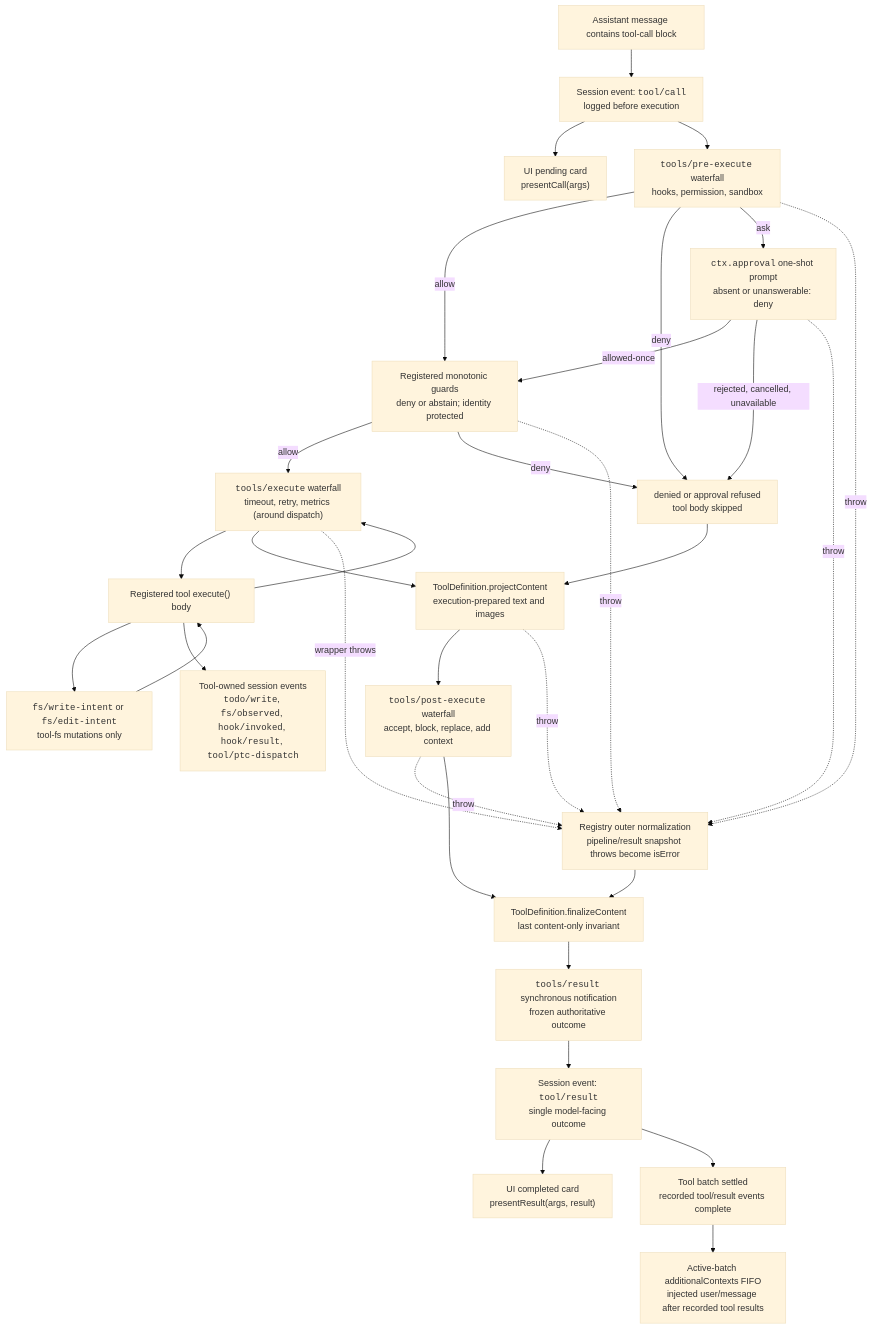
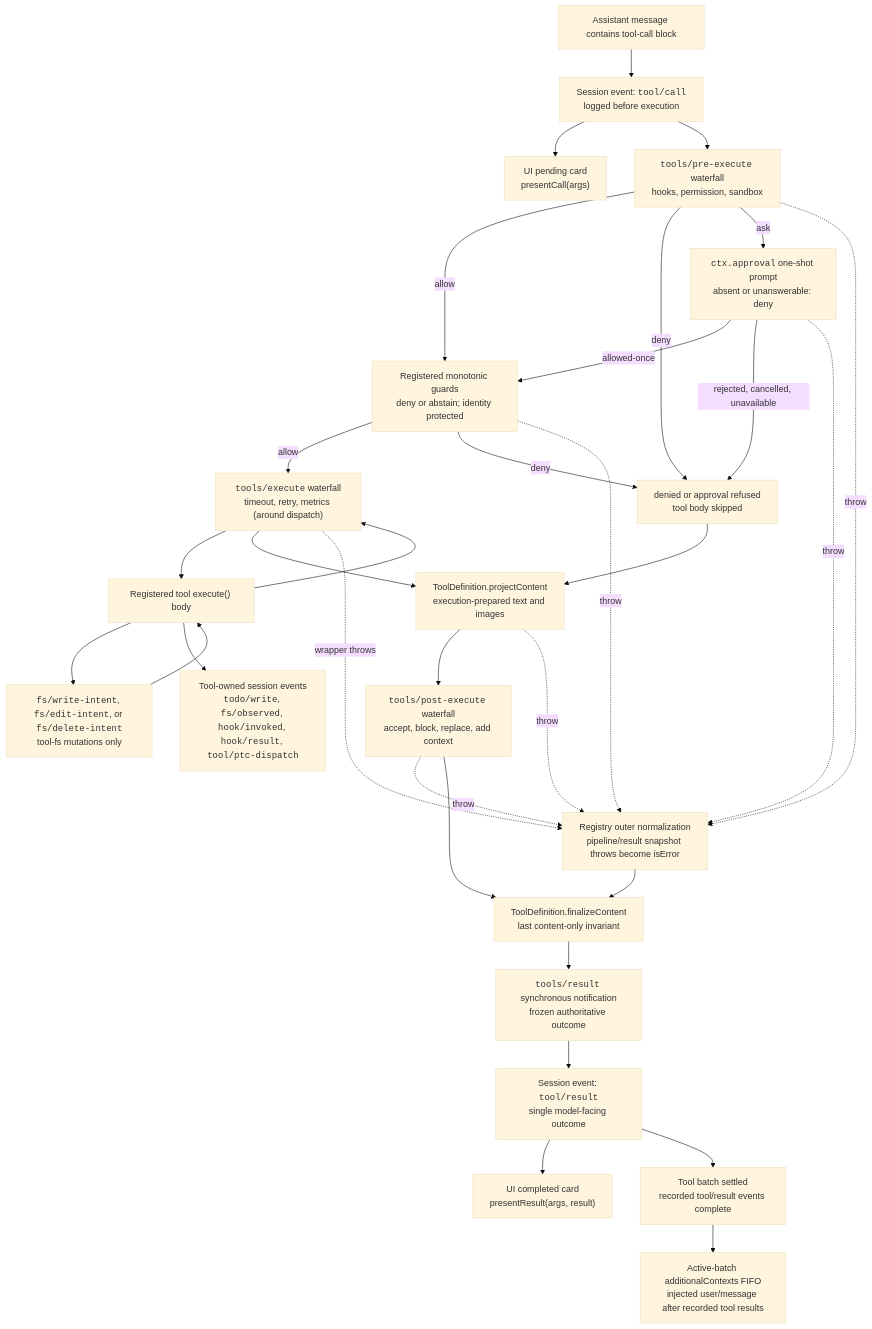
Before and after one commit to tobenwarrior/y-harness: the diagram in docs/tool-execution-pipeline.md, drawn with Mermaid (base theme). The commit also changed 125 other files, not shown here.

````diff
--- a/docs/tool-execution-pipeline.md
+++ b/docs/tool-execution-pipeline.md
@@ -8,54 +8,54 @@
 ```mermaid
 flowchart TD
   model["Assistant message contains tool-call block"]
   toolCall["Session event: <code>tool/call</code><br/>logged before execution"]
   presentCall["UI pending card<br/>presentCall(args)"]
   pre["<code>tools/pre-execute</code> waterfall<br/>hooks, permission, sandbox"]
   guards["Registered monotonic guards<br/>deny or abstain; identity protected"]
   denied["denied or approval refused<br/>tool body skipped"]
   approval["<code>ctx.approval</code> one-shot prompt<br/>absent or unanswerable: deny"]
   around["<code>tools/execute</code> waterfall<br/>timeout, retry, metrics (around dispatch)"]
   toolBody["Registered tool execute() body"]
-  fsGate["<code>fs/write-intent</code> or <code>fs/edit-intent</code><br/>tool-fs mutations only"]
+  fsGate["<code>fs/write-intent</code>, <code>fs/edit-intent</code>, or <code>fs/delete-intent</code><br/>tool-fs mutations only"]
   owned["Tool-owned session events<br/><code>todo/write</code>, <code>fs/observed</code>, <code>hook/invoked</code>, <code>hook/result</code>, <code>tool/ptc-dispatch</code>"]
   project["ToolDefinition.projectContent<br/>execution-prepared text and images"]
   post["<code>tools/post-execute</code> waterfall<br/>accept, block, replace, add context"]
   normalized["Registry outer normalization<br/>pipeline/result snapshot throws become isError"]
   finalize["ToolDefinition.finalizeContent<br/>last content-only invariant"]
   final["<code>tools/result</code> synchronous notification<br/>frozen authoritative outcome"]
   context["Active-batch additionalContexts FIFO<br/>injected user/message after recorded tool results"]
   toolResult["Session event: <code>tool/result</code><br/>single model-facing outcome"]
   allResults["Tool batch settled<br/>recorded tool/result events complete"]
   presentResult["UI completed card<br/>presentResult(args, result)"]
   model --> toolCall
   toolCall --> presentCall
   toolCall --> pre
   pre -->|allow| guards
   guards -->|allow| around
   guards -->|deny| denied
   guards -.->|throw| normalized
   around --> toolBody
   pre -->|deny| denied
   pre -->|ask| approval
   approval -->|allowed-once| guards
   approval -->|rejected, cancelled, unavailable| denied
   approval -.->|throw| normalized
   denied --> project
   pre -.->|throw| normalized
   toolBody --> fsGate
   fsGate --> toolBody
   toolBody --> owned
   toolBody --> around
   around --> project
   project --> post
   project -.->|throw| normalized
   around -.->|wrapper throws| normalized
   post -.->|throw| normalized
   post --> finalize
   normalized --> finalize
   finalize --> final
   final --> toolResult
   toolResult --> presentResult
   toolResult --> allResults
   allResults --> context
 ```
````
